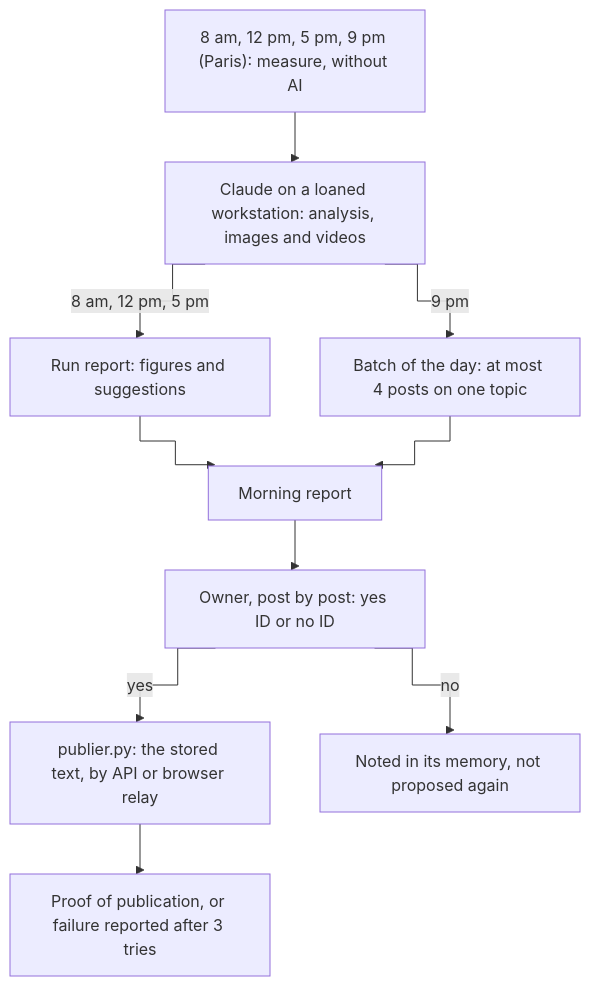
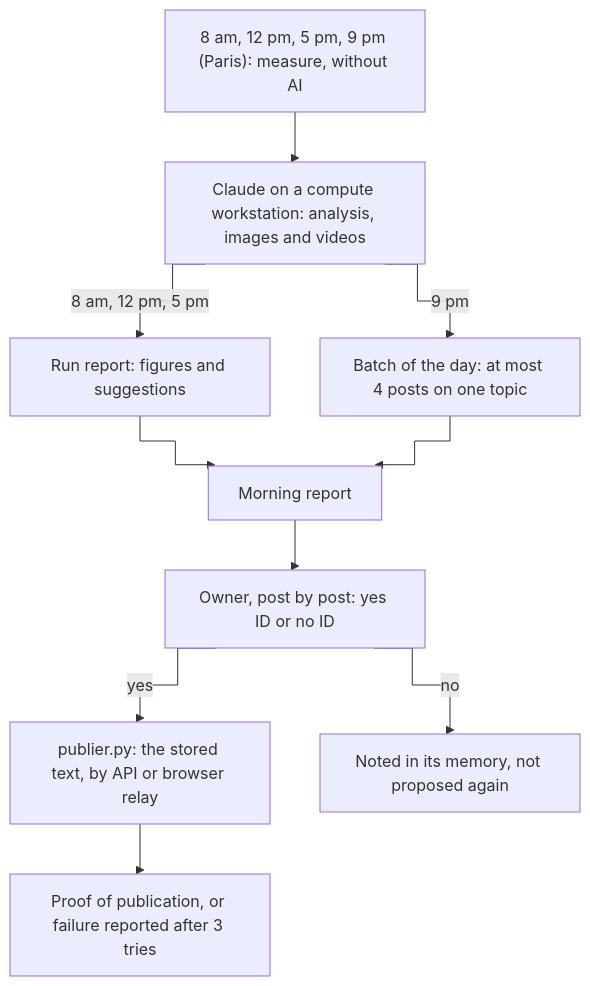
The first of 2 diagrams in README.md (anthohunt/agent-reseaux-sociaux), drawn with Mermaid before and after one commit. The commit also changed other lines of this file, not shown here.

````diff
--- a/README.md
+++ b/README.md
@@ -7,13 +7,13 @@
 ```mermaid
 %%{init: {"flowchart": {"curve": "step"}}}%%
 flowchart TD
-    A["8 am, 12 pm, 5 pm, 9 pm (Paris): measure, without AI"] --> B["Claude on a loaned workstation: analysis, images and videos"]
+    A["8 am, 12 pm, 5 pm, 9 pm (Paris): measure, without AI"] --> B["Claude on a compute workstation: analysis, images and videos"]
     B -->|"8 am, 12 pm, 5 pm"| C["Run report: figures and suggestions"]
     B -->|"9 pm"| D["Batch of the day: at most 4 posts on one topic"]
     C --> E["Morning report"]
     D --> E
     E --> F["Owner, post by post: yes ID or no ID"]
     F -->|"yes"| G["publier.py: the stored text, by API or browser relay"]
     G --> H["Proof of publication, or failure reported after 3 tries"]
     F -->|"no"| I["Noted in its memory, not proposed again"]
 ```
````
